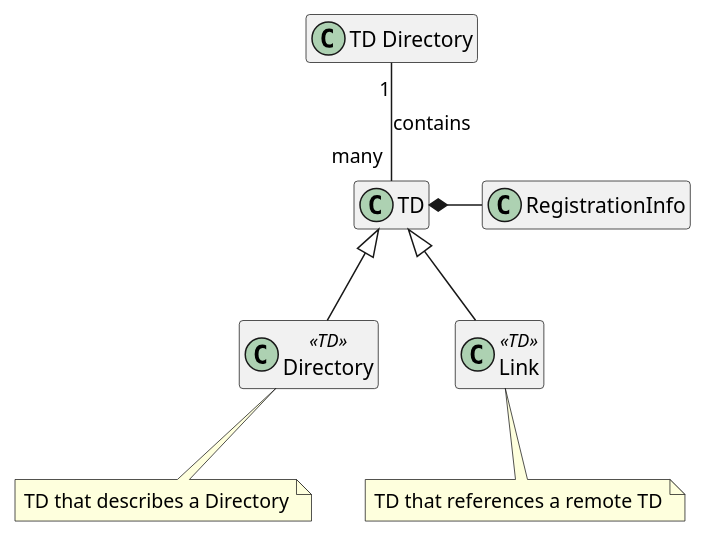
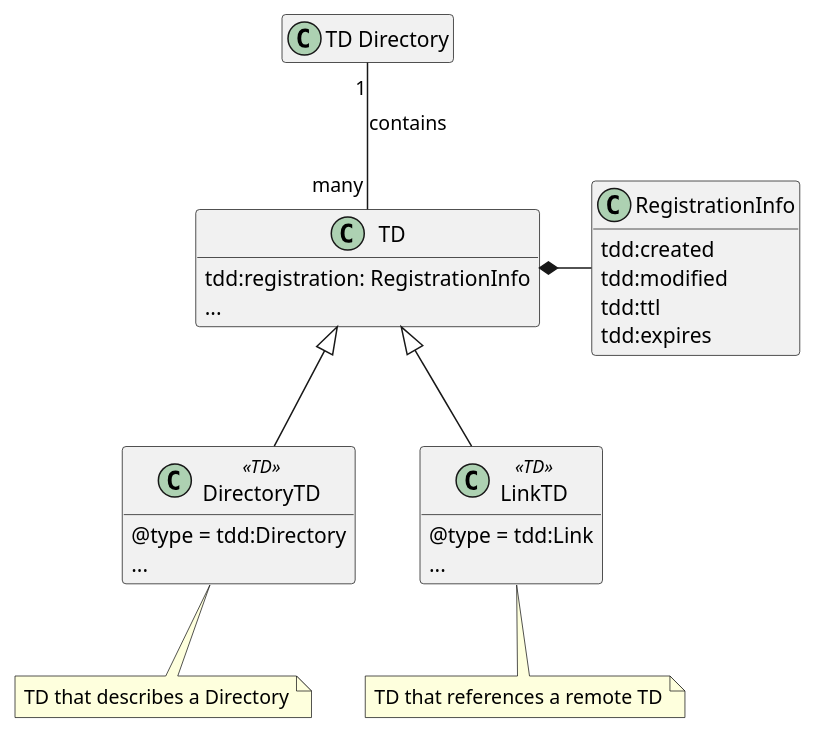
Before and after one commit to w3c/wot-discovery: the diagram in images/tdd-class-diagram.puml, drawn with PlantUML. The commit also changed 2 other files, not shown here.

```diff
--- a/images/tdd-class-diagram.puml
+++ b/images/tdd-class-diagram.puml
@@ -1,50 +1,50 @@
 @startuml TDD Conceptual Class Diagram
 class TDD as "TD Directory"
 
 /' relations '/
 TDD "1" -- "many" TD: contains
 TD *-right- RegistrationInfo
-TD <|-- Directory
-TD <|-- Link
+TD <|-- DirectoryTD
+TD <|-- LinkTD
 
 /' classes and notes '/
 class TDD {
-    ' +create()
-    ' +list()
-    ' +search()
-    ' +subscribe()
+    create(TD): ID
+    list(page, page size)
+    search(query)
+    subscribe(event type, TD ID)
 }
 class TD {
     tdd:registration: RegistrationInfo
     ...
-    ' +create()
-    ' +read()
-    ' +update()
-    ' +patch()
-    ' +delete()
+    create(ID, TD)
+    read(ID): TD
+    update(ID, TD)
+    ' patch(ID, TD patch)
+    delete(ID)
 }
 class RegistrationInfo {
-    +tdd:created
-    +tdd:modified
-    +tdd:ttl
-    +tdd:expires
+    tdd:created
+    tdd:modified
+    tdd:ttl
+    tdd:expires
 }
 together {
-    class Directory <<TD>> {
+    class DirectoryTD <<TD>> {
         @type = tdd:Directory
         ...
     }
     note bottom: TD that describes a Directory
 
-    class Link <<TD>> {
+    class LinkTD <<TD>> {
         @type = tdd:Link
         ...
     }
     note bottom: TD that references a remote TD
 }
 
 /' configurations '/
-' hide TDD members
-hide members
+hide TDD members
+' hide members
 hide methods
 @enduml
```
